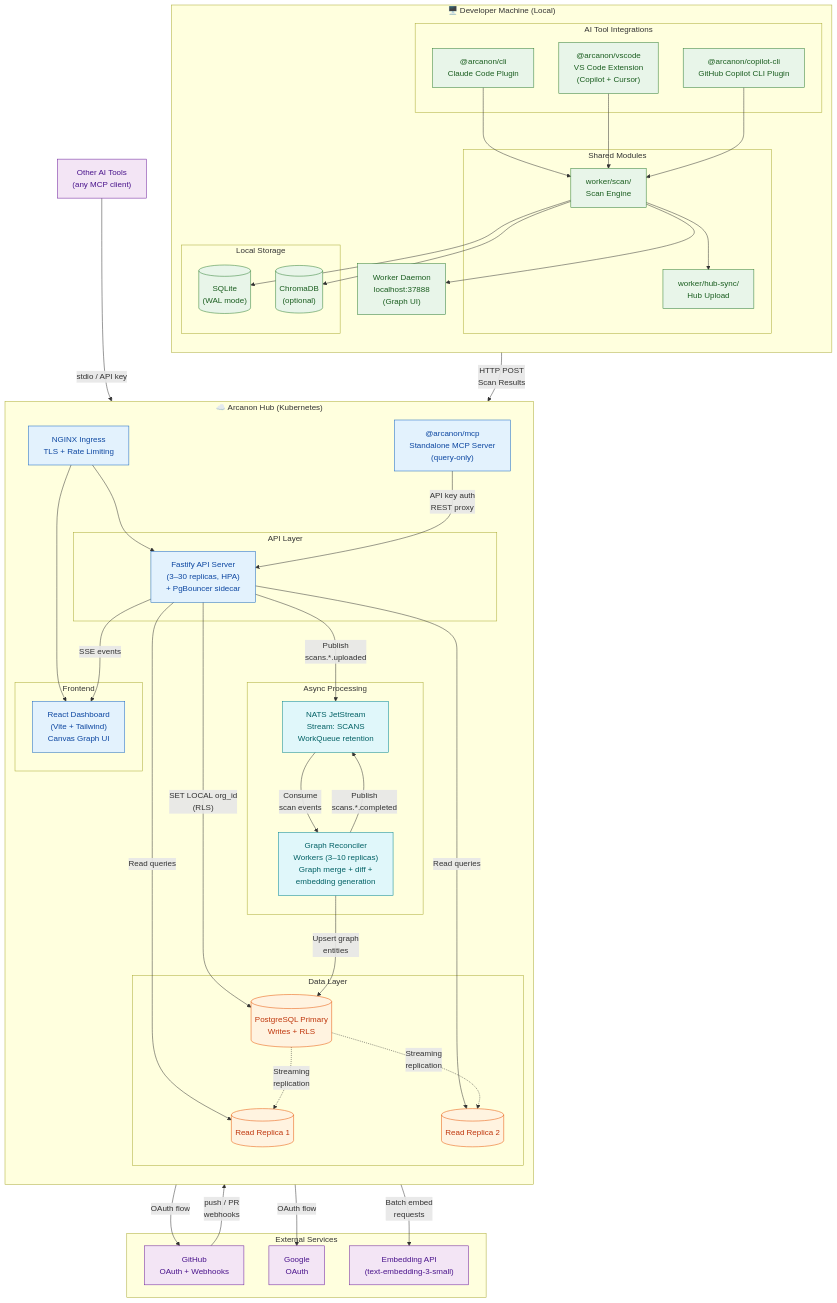
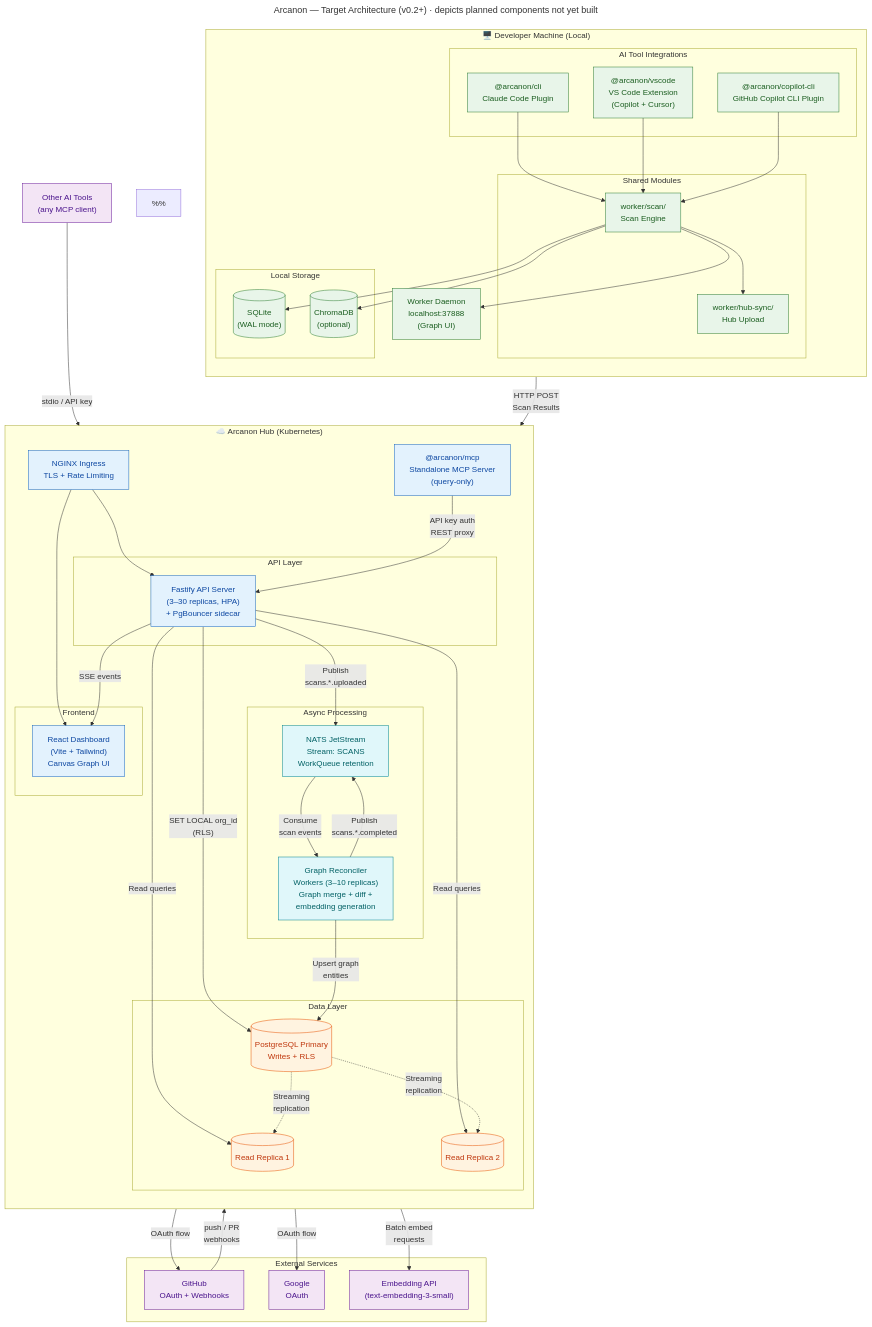
One commit to Arcanon-hub/arcanon changed the diagram in docs/architecture-diagram.mermaid. Above: the diagram before and after it, drawn with Mermaid. The commit also changed 7 other files, not shown here.

```diff
--- a/docs/architecture-diagram.mermaid
+++ b/docs/architecture-diagram.mermaid
@@ -1,117 +1,129 @@
+---
+title: "Arcanon — Target Architecture (v0.2+) · depicts planned components not yet built"
+---
 graph TB
     %% ─────────────────────────────────────────────
-    %% ARCANON — System Architecture
+    %% ARCANON — TARGET ARCHITECTURE (v0.2+)
+    %%
+    %% This is a forward-looking diagram. It depicts the planned end-state,
+    %% including components that DO NOT exist as of v0.1.x:
+    %%   - @arcanon/vscode and @arcanon/copilot-cli clients (v0.2, in design)
+    %%   - the full Kubernetes Hub backend (NATS, reconcilers, read replicas,
+    %%     standalone MCP server) — lives in the separate arcanon-hub repo
+    %%
+    %% For the CURRENT shipped architecture, see architecture.md. Scanning is
+    %% performed by the host AI agent (not the worker); the worker persists.
     %% ─────────────────────────────────────────────
 
     %% ============ LOCAL / DEVELOPER SIDE ============
     subgraph LOCAL["🖥️ Developer Machine (Local)"]
         direction TB
 
         subgraph TOOLS["AI Tool Integrations"]
             CLI["@arcanon/cli<br/>Claude Code Plugin"]
             VSCODE["@arcanon/vscode<br/>VS Code Extension<br/>(Copilot + Cursor)"]
             COPILOT["@arcanon/copilot-cli<br/>GitHub Copilot CLI Plugin"]
         end
 
         subgraph SHARED["Shared Modules"]
             SCAN["worker/scan/<br/>Scan Engine"]
             HUBSYNC["worker/hub-sync/<br/>Hub Upload"]
         end
 
         subgraph LOCALSTORE["Local Storage"]
             SQLITE[("SQLite<br/>(WAL mode)")]
             CHROMA[("ChromaDB<br/>(optional)")]
         end
 
         WORKER["Worker Daemon<br/>localhost:37888<br/>(Graph UI)"]
 
         CLI --> SCAN
         VSCODE --> SCAN
         COPILOT --> SCAN
         SCAN --> SQLITE
         SCAN --> CHROMA
         SCAN --> WORKER
         SCAN --> HUBSYNC
     end
 
     %% ============ NETWORK BOUNDARY ============
     HUBSYNC -- "HTTP POST<br/>Scan Results" --> NGINX
 
     %% ============ SAAS HUB ============
     subgraph HUB["☁️ Arcanon Hub (Kubernetes)"]
         direction TB
 
         NGINX["NGINX Ingress<br/>TLS + Rate Limiting"]
 
         subgraph API_LAYER["API Layer"]
             API["Fastify API Server<br/>(3–30 replicas, HPA)<br/>+ PgBouncer sidecar"]
         end
 
         subgraph ASYNC["Async Processing"]
             NATS["NATS JetStream<br/>Stream: SCANS<br/>WorkQueue retention"]
             RECONCILER["Graph Reconciler<br/>Workers (3–10 replicas)<br/>Graph merge + diff +<br/>embedding generation"]
         end
 
         subgraph DATA["Data Layer"]
             PG_PRIMARY[("PostgreSQL Primary<br/>Writes + RLS")]
             PG_REPLICA1[("Read Replica 1")]
             PG_REPLICA2[("Read Replica 2")]
         end
 
         subgraph FRONTEND["Frontend"]
             DASHBOARD["React Dashboard<br/>(Vite + Tailwind)<br/>Canvas Graph UI"]
         end
 
         MCP_SERVER["@arcanon/mcp<br/>Standalone MCP Server<br/>(query-only)"]
 
         %% Ingress routing
         NGINX --> API
         NGINX --> DASHBOARD
 
         %% API connections
         API -- "SET LOCAL org_id<br/>(RLS)" --> PG_PRIMARY
         API -- "Read queries" --> PG_REPLICA1
         API -- "Read queries" --> PG_REPLICA2
         API -- "Publish<br/>scans.*.uploaded" --> NATS
         API -- "SSE events" --> DASHBOARD
 
         %% Async pipeline
         NATS -- "Consume<br/>scan events" --> RECONCILER
         RECONCILER -- "Upsert graph<br/>entities" --> PG_PRIMARY
         RECONCILER -- "Publish<br/>scans.*.completed" --> NATS
 
         %% Replication
         PG_PRIMARY -. "Streaming<br/>replication" .-> PG_REPLICA1
         PG_PRIMARY -. "Streaming<br/>replication" .-> PG_REPLICA2
 
         %% MCP Server
         MCP_SERVER -- "API key auth<br/>REST proxy" --> API
     end
 
     %% ============ EXTERNAL INTEGRATIONS ============
     subgraph EXTERNAL["External Services"]
         GITHUB["GitHub<br/>OAuth + Webhooks"]
         GOOGLE["Google<br/>OAuth"]
         EMBEDDINGS["Embedding API<br/>(text-embedding-3-small)"]
     end
 
     API -- "OAuth flow" --> GITHUB
     API -- "OAuth flow" --> GOOGLE
     GITHUB -- "push / PR<br/>webhooks" --> NGINX
     RECONCILER -- "Batch embed<br/>requests" --> EMBEDDINGS
 
     %% ============ OTHER AI TOOLS (via MCP) ============
     OTHER_TOOLS["Other AI Tools<br/>(any MCP client)"] -- "stdio / API key" --> MCP_SERVER
 
     %% ============ STYLES ============
     classDef local fill:#e8f5e9,stroke:#2e7d32,color:#1b5e20
     classDef hub fill:#e3f2fd,stroke:#1565c0,color:#0d47a1
     classDef data fill:#fff3e0,stroke:#e65100,color:#bf360c
     classDef external fill:#f3e5f5,stroke:#6a1b9a,color:#4a148c
     classDef async fill:#e0f7fa,stroke:#00838f,color:#006064
 
     class CLI,VSCODE,COPILOT,SCAN,HUBSYNC,WORKER,SQLITE,CHROMA local
     class NGINX,API,DASHBOARD,MCP_SERVER hub
     class PG_PRIMARY,PG_REPLICA1,PG_REPLICA2 data
     class NATS,RECONCILER async
     class GITHUB,GOOGLE,EMBEDDINGS,OTHER_TOOLS external
```
